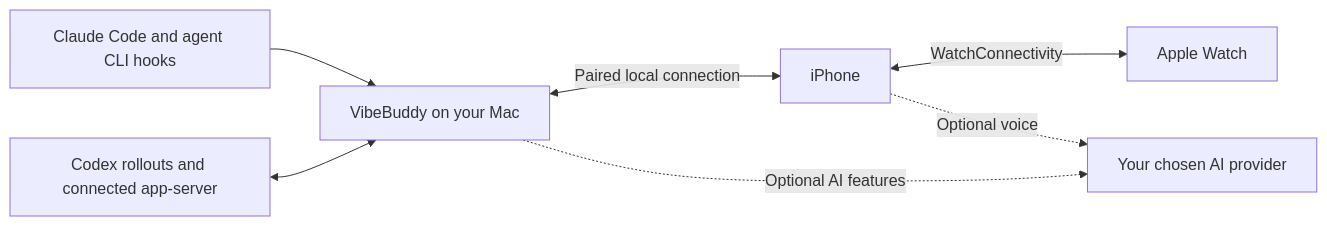
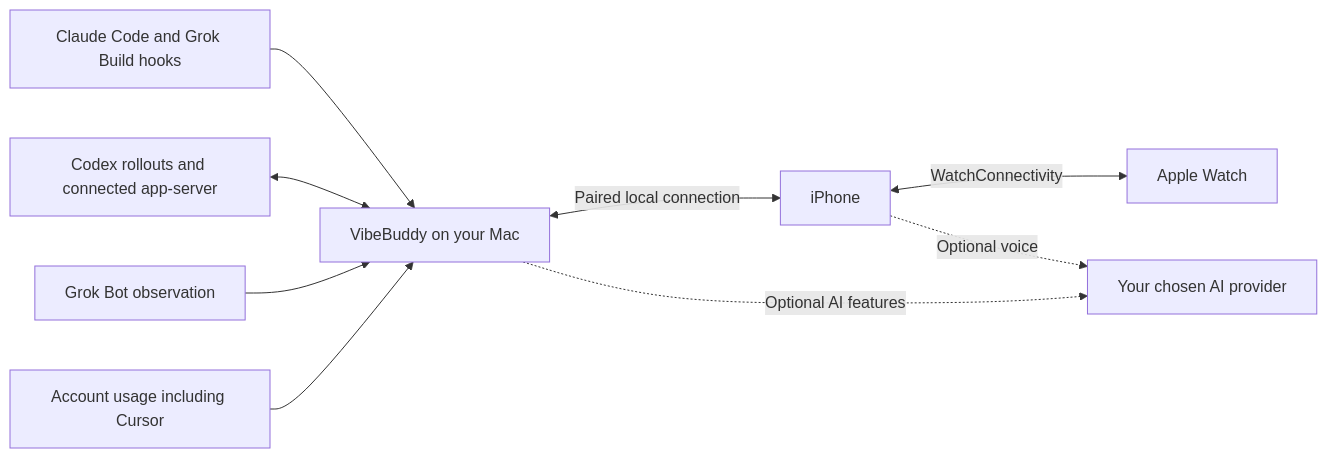
One commit to semantic-craft/iOS-vibebuddy changed the diagram in README.md. Above: the diagram before and after it, drawn with Mermaid. The commit also changed other lines of this file and 3 other files, not shown here.

Commit message:
docs: feature Grok Build, Grok Bot and Cursor in product overview

````diff
--- a/README.md
+++ b/README.md
@@ -97,9 +100,11 @@
 ```mermaid
 flowchart LR
-    A[Claude Code and agent CLI hooks] --> M[VibeBuddy on your Mac]
+    A[Claude Code and Grok Build hooks] --> M[VibeBuddy on your Mac]
     C[Codex rollouts and connected app-server] <--> M
+    B[Grok Bot observation] --> M
+    U[Account usage including Cursor] --> M
     M <-->|Paired local connection| P[iPhone]
     P <-->|WatchConnectivity| W[Apple Watch]
     M -. Optional AI features .-> V[Your chosen AI provider]
     P -. Optional voice .-> V
 ```
````
